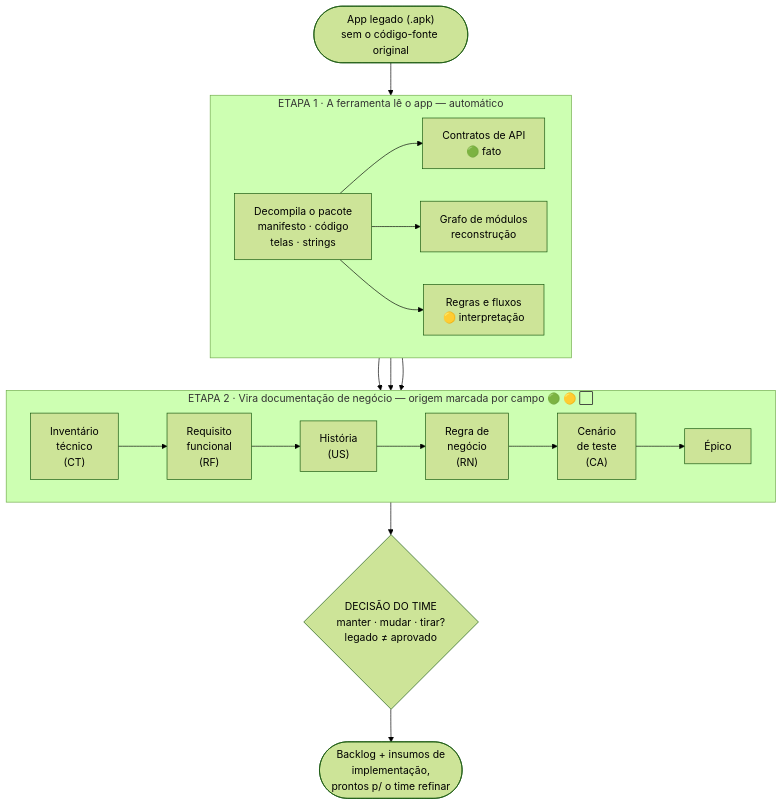
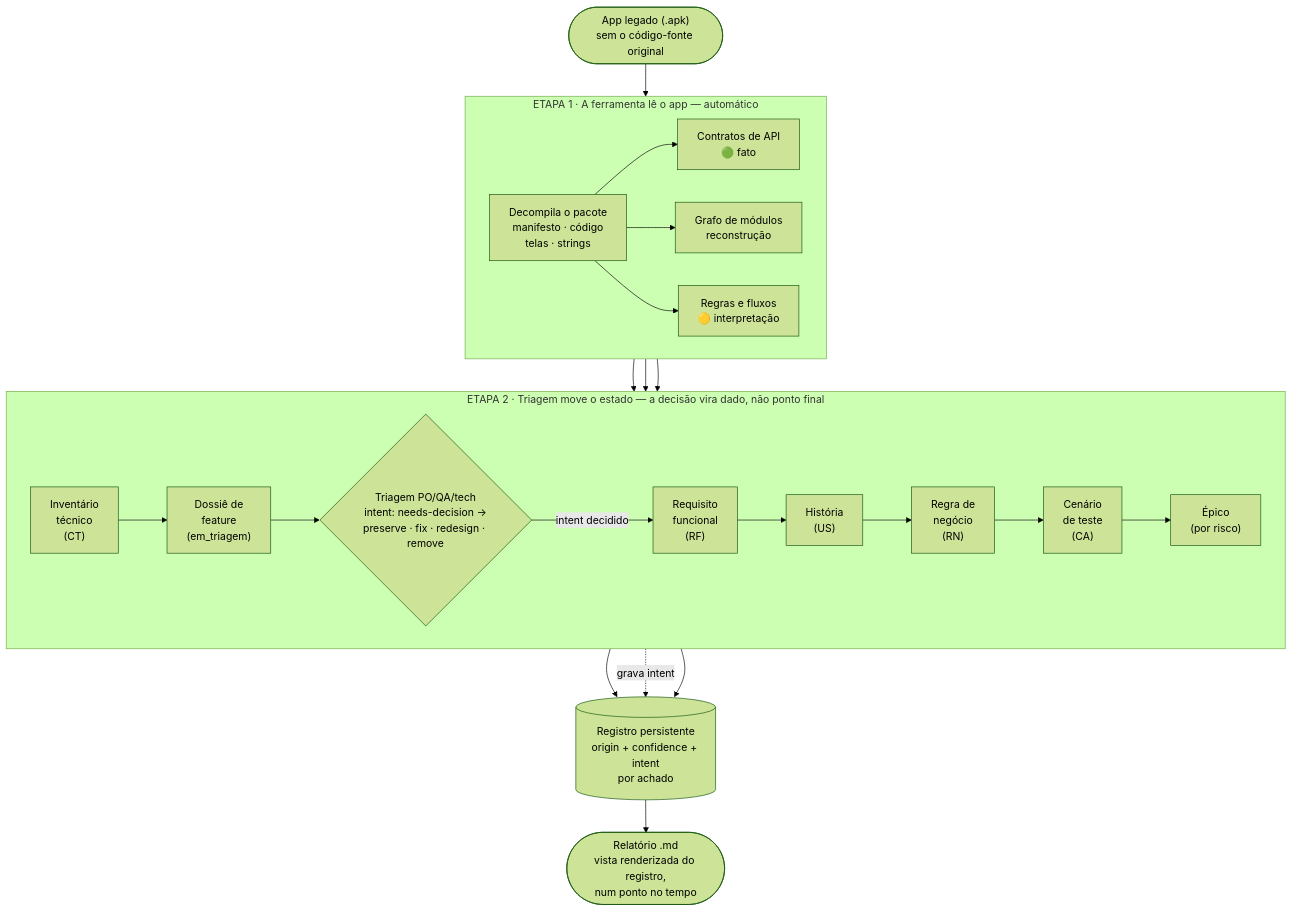
Before and after one commit to arthuravilacompass/agent-kit: the diagram in plugins/mobile/skills/apk-archaeology/references/modelo-relatorio.pt-BR.md, drawn with Mermaid (forest theme). The commit also changed other lines of this file and 19 other files, not shown here.

````diff
--- a/plugins/mobile/skills/apk-archaeology/references/modelo-relatorio.pt-BR.md
+++ b/plugins/mobile/skills/apk-archaeology/references/modelo-relatorio.pt-BR.md
@@ -31,30 +34,34 @@
 ```mermaid
 flowchart TB
   APK(["App legado (.apk)<br/>sem o código-fonte original"])
 
   subgraph E1["ETAPA 1 · A ferramenta lê o app — automático"]
     direction LR
     DEC["Decompila o pacote<br/>manifesto · código<br/>telas · strings"]
     B["Contratos de API<br/>🟢 fato"]
     C["Grafo de módulos<br/>reconstrução"]
     A["Regras e fluxos<br/>🟡 interpretação"]
     DEC --> B
     DEC --> C
     DEC --> A
   end
 
-  subgraph E2["ETAPA 2 · Vira documentação de negócio — origem marcada por campo 🟢 🟡 ⬜"]
+  CAT[("Registro persistente<br/>origin + confidence + intent<br/>por achado")]
+
+  subgraph E2["ETAPA 2 · Triagem move o estado — a decisão vira dado, não ponto final"]
     direction LR
-    CT["Inventário<br/>técnico<br/>(CT)"] --> RF["Requisito<br/>funcional<br/>(RF)"] --> US["História<br/>(US)"] --> RN["Regra de<br/>negócio<br/>(RN)"] --> CA["Cenário<br/>de teste<br/>(CA)"] --> EP["Épico"]
+    CT["Inventário<br/>técnico<br/>(CT)"] --> DOS["Dossiê de<br/>feature<br/>(em_triagem)"] --> TRI{"Triagem PO/QA/tech<br/>intent: needs-decision →<br/>preserve · fix · redesign · remove"}
+    TRI -->|"intent decidido"| RF["Requisito<br/>funcional<br/>(RF)"] --> US["História<br/>(US)"] --> RN["Regra de<br/>negócio<br/>(RN)"] --> CA["Cenário<br/>de teste<br/>(CA)"] --> EP["Épico<br/>(por risco)"]
   end
 
-  H{"DECISÃO DO TIME<br/>manter · mudar · tirar?<br/>legado ≠ aprovado"}
-  BL(["Backlog + insumos de<br/>implementação,<br/>prontos p/ o time refinar"])
+  REL(["Relatório .md<br/>vista renderizada do registro,<br/>num ponto no tempo"])
 
   APK --> DEC
   B --> CT
   C --> CT
   A --> CT
-  EP --> H
-  H --> BL
+  CT --> CAT
+  TRI -.->|"grava intent"| CAT
+  EP --> CAT
+  CAT --> REL
 ```
````
